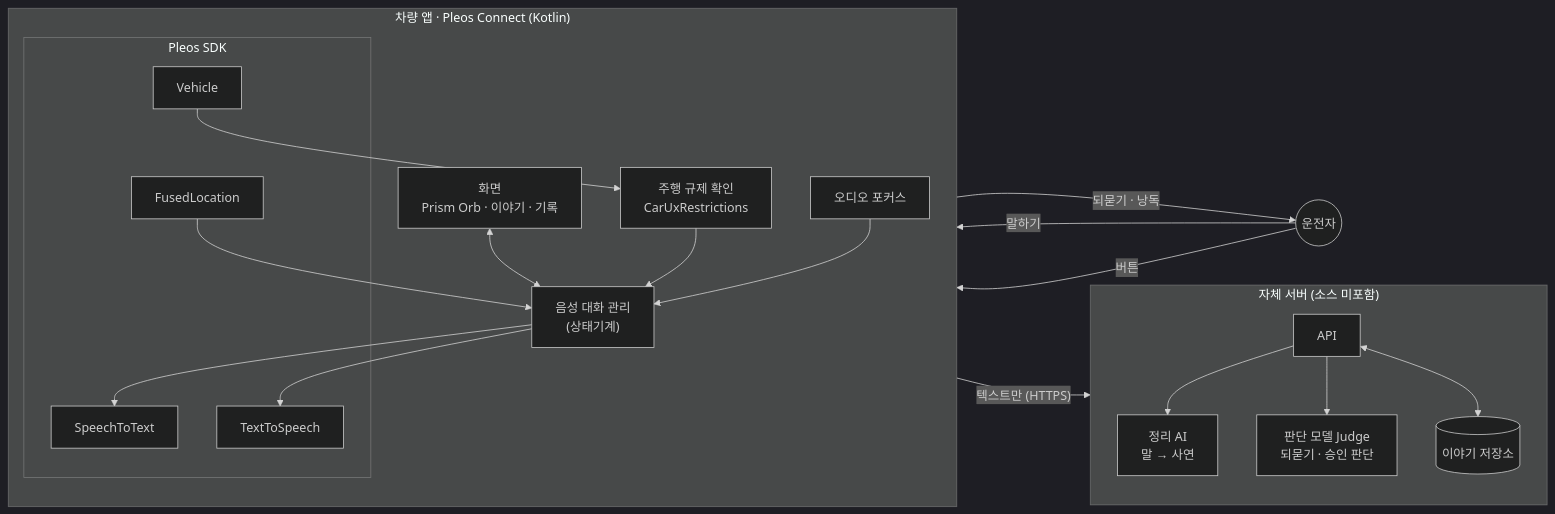
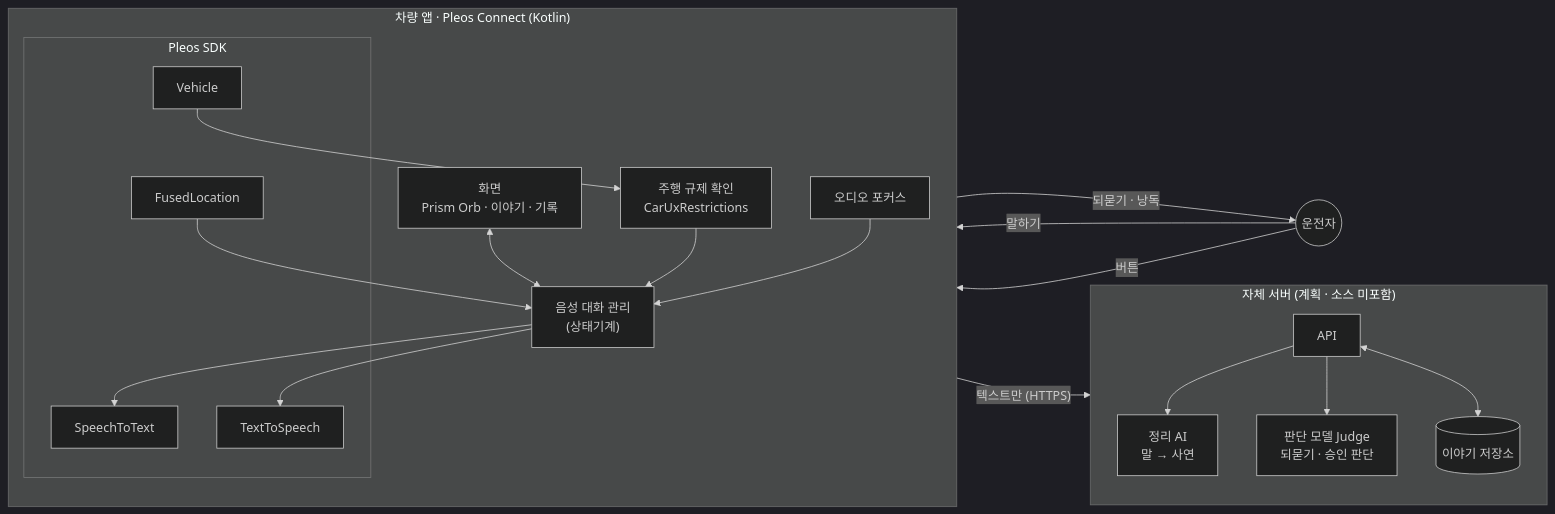
One commit to Hyundai-MotorApp-Contest/unseen-roads changed the first of 2 diagrams in README.md. Above: the diagram before and after it, drawn with Mermaid (dark theme). The commit also changed other lines of this file and 3 other files, not shown here.

````diff
--- a/README.md
+++ b/README.md
@@ -24,39 +107,39 @@
 ```mermaid
 flowchart LR
   DRIVER(("운전자"))
   subgraph CAR["차량 앱 · Pleos Connect (Kotlin)"]
     direction TB
     UI["화면<br/>Prism Orb · 이야기 · 기록"]
     ORCH["음성 대화 관리<br/>(상태기계)"]
     GATE["주행 규제 확인<br/>CarUxRestrictions"]
     AF["오디오 포커스"]
     subgraph SDK["Pleos SDK"]
       STT["SpeechToText"]
       TTS["TextToSpeech"]
       LOC["FusedLocation"]
       VEH["Vehicle"]
     end
   end
-  subgraph SRV["자체 서버 (소스 미포함)"]
+  subgraph SRV["자체 서버 (계획 · 소스 미포함)"]
     direction TB
     API["API"]
     LLM["정리 AI<br/>말 → 사연"]
     JDG["판단 모델 Judge<br/>되묻기 · 승인 판단"]
     DB[("이야기 저장소")]
   end
 
   DRIVER -- "말하기" --> STT
   TTS -- "되묻기 · 낭독" --> DRIVER
   DRIVER -- "버튼" --> UI
   UI <--> ORCH
   GATE --> ORCH
   AF --> ORCH
   VEH --> GATE
   ORCH --> STT
   ORCH --> TTS
   LOC --> ORCH
   ORCH -- "텍스트만 (HTTPS)" --> API
   API --> LLM
   API --> JDG
   API <--> DB
 ```
````
